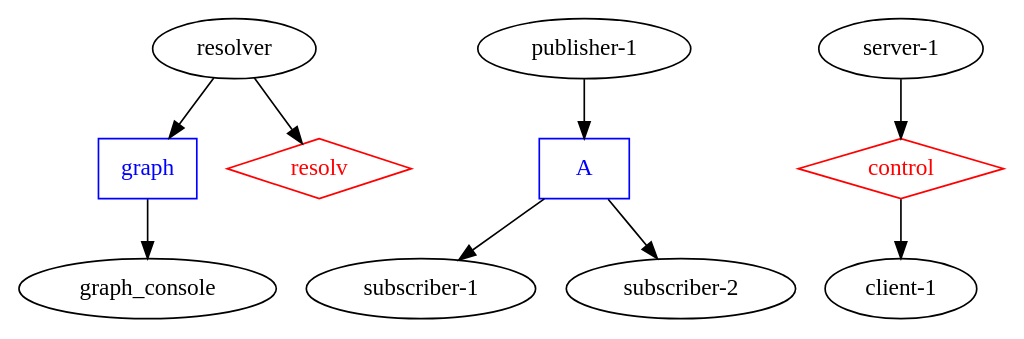
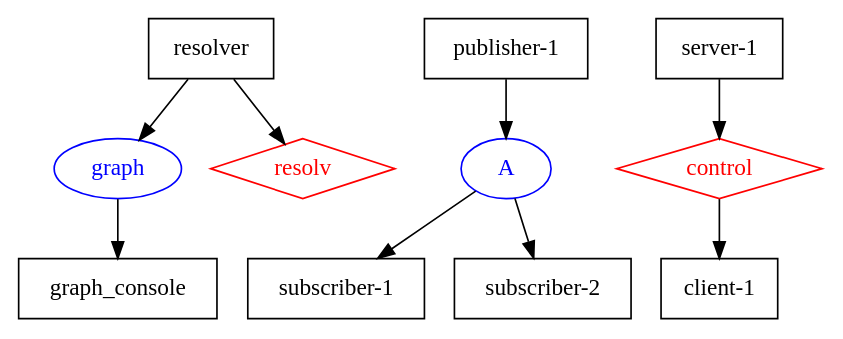
The diagram in src/docs/graph-example.gv (blueworkforce/bluezero), drawn with Graphviz before and after one commit. The commit also changed 2 other files, not shown here.

Commit message:
swap box <-> ellipse in b0 graph renderings

```diff
--- a/src/docs/graph-example.gv
+++ b/src/docs/graph-example.gv
@@ -1,14 +1,29 @@
 digraph G {
-    graph [overlap=false, splines=true, bgcolor="white"];    node [shape=ellipse, color=black, fontcolor=black];N_graph_console [label="graph_console"];N_publisher [label="publisher-1"];N_resolver [label="resolver"];N_server [label="server-1"];N_client [label="client-1"];N_subscriber_1 [label="subscriber-1"];N_subscriber_2 [label="subscriber-2"];
-    node [shape=box, color=blue];T_A [label="A", fontcolor=blue];T_graph [label="graph", fontcolor=blue];
-    node [shape=diamond, color=red];S_control [label="control", fontcolor=red];S_resolv [label="resolv", fontcolor=red];
+    graph [overlap=false, splines=true, bgcolor="white"];
+    
+    node [shape=box, color=black, fontcolor=black];
+    N_graph_console [label="graph_console"];
+    N_publisher [label="publisher-1"];
+    N_resolver [label="resolver"];
+    N_server [label="server-1"];
+    N_client [label="client-1"];
+    N_subscriber_1 [label="subscriber-1"];
+    N_subscriber_2 [label="subscriber-2"];
+    
+    node [shape=ellipse, color=blue];
+    T_A [label="A", fontcolor=blue];
+    T_graph [label="graph", fontcolor=blue];
+    
+    node [shape=diamond, color=red];S_control [label="control", fontcolor=red];
+    S_resolv [label="resolv", fontcolor=red];
+    
     edge [color=black, len=1.6];
     N_publisher -> T_A;
     N_resolver -> T_graph;
     T_graph -> N_graph_console;
     T_A -> N_subscriber_1;
     T_A -> N_subscriber_2;
     N_resolver -> S_resolv;
     N_server -> S_control;
     S_control -> N_client;
 }
```
